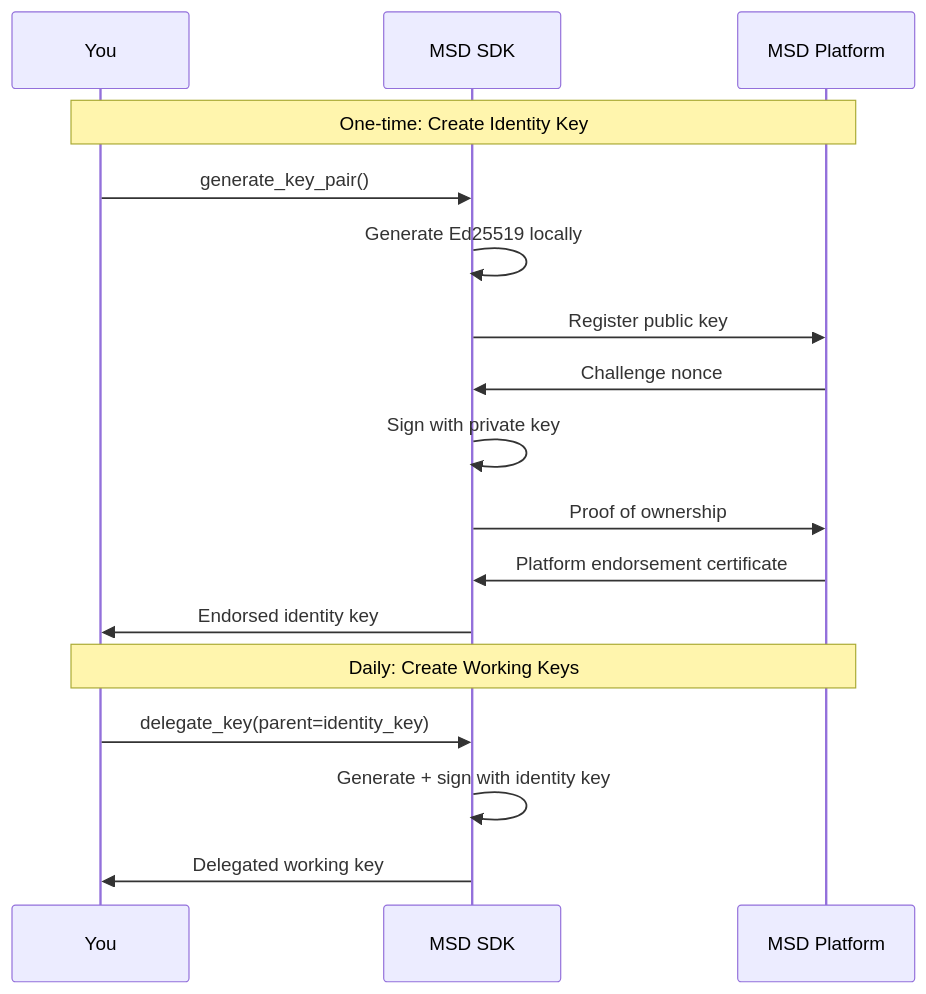
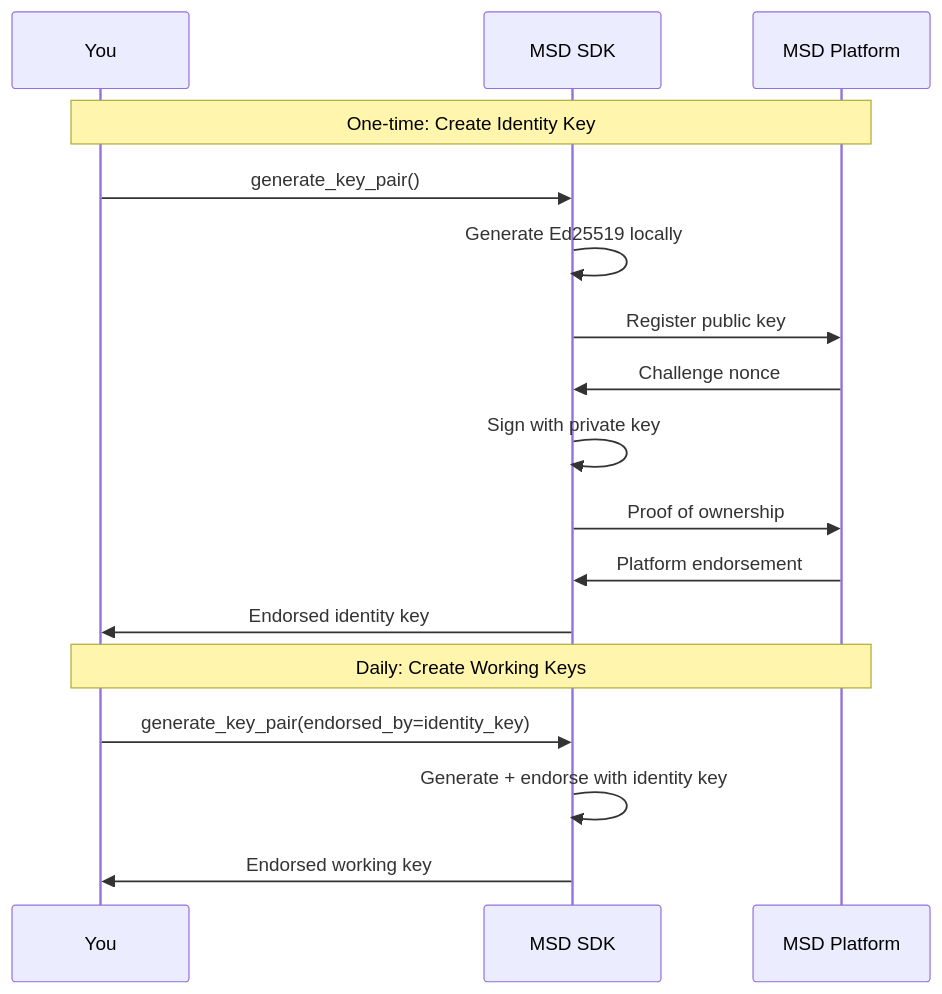
One commit to UlfBissbort/msd-sdk-python changed the second of 2 diagrams in docs/key-management.md. Above: the diagram before and after it, drawn with Mermaid. The commit also changed other lines of this file, not shown here.

Commit message:
Refactor Key Management Guide: Update terminology from "delegated" to "endorsed" for clarity and consistency

````diff
--- a/docs/key-management.md
+++ b/docs/key-management.md
@@ -252,21 +256,21 @@
 ```mermaid
 sequenceDiagram
     participant User as You
     participant SDK as MSD SDK
     participant Platform as MSD Platform
     
     Note over User,Platform: One-time: Create Identity Key
     User->>SDK: generate_key_pair()
     SDK->>SDK: Generate Ed25519 locally
     SDK->>Platform: Register public key
     Platform->>SDK: Challenge nonce
     SDK->>SDK: Sign with private key
     SDK->>Platform: Proof of ownership
-    Platform->>SDK: Platform endorsement certificate
+    Platform->>SDK: Platform endorsement
     SDK->>User: Endorsed identity key
     
     Note over User,Platform: Daily: Create Working Keys
-    User->>SDK: delegate_key(parent=identity_key)
-    SDK->>SDK: Generate + sign with identity key
-    SDK->>User: Delegated working key
+    User->>SDK: generate_key_pair(endorsed_by=identity_key)
+    SDK->>SDK: Generate + endorse with identity key
+    SDK->>User: Endorsed working key
 ```
````
